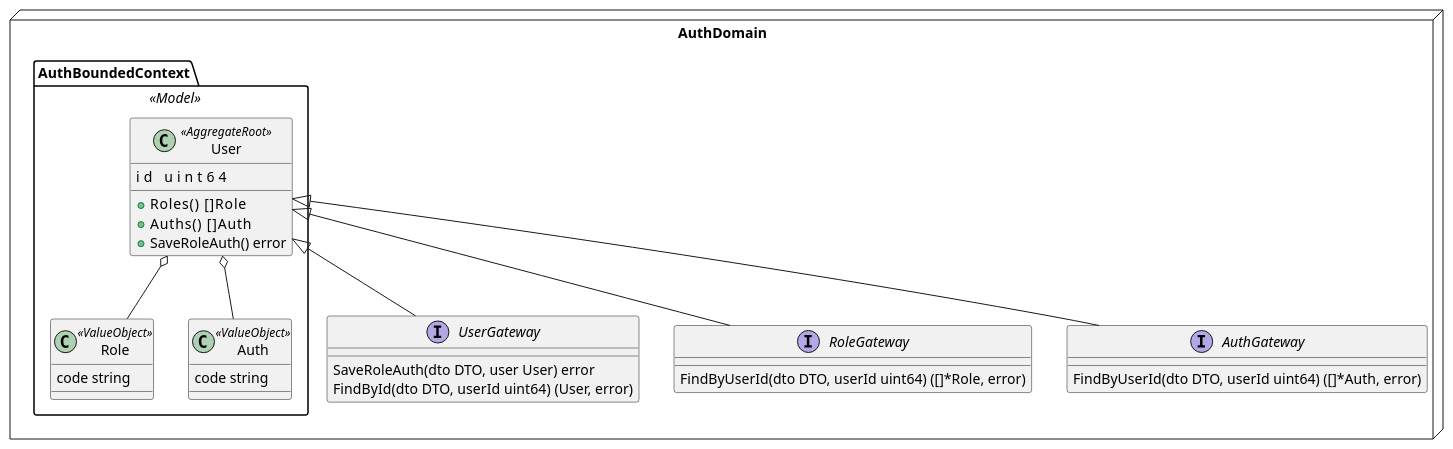
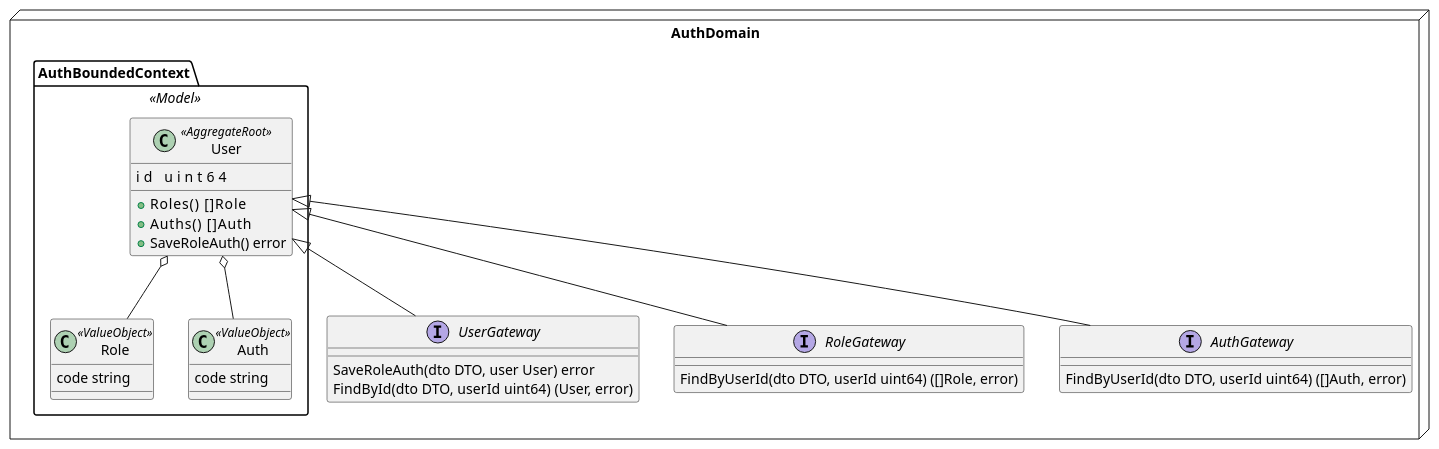
The diagram in doc/auth-domain.puml (zhanjunjie2019/colago), drawn with PlantUML before and after one commit. The commit also changed 3 other files, not shown here.

```diff
--- a/doc/auth-domain.puml
+++ b/doc/auth-domain.puml
@@ -1,33 +1,33 @@
 @startuml
 namespace AuthDomain<<Node>>{
     namespace AuthBoundedContext<<Model>>{
         class User<<AggregateRoot>>{
             id          uint64
             +Roles()    []Role
             +Auths()    []Auth
             +SaveRoleAuth() error
         }
         class Role<<ValueObject>>{
             code string
         }
         class Auth<<ValueObject>>{
             code string
         }
         User o-- Role
         User o-- Auth
         User <|-- AuthDomain.UserGateway
         User <|-- AuthDomain.RoleGateway
         User <|-- AuthDomain.AuthGateway
     }
     interface UserGateway{
     	SaveRoleAuth(dto DTO, user User) error
     	FindById(dto DTO, userId uint64) (User, error)
     }
     interface RoleGateway{
-        FindByUserId(dto DTO, userId uint64) ([]*Role, error)
+        FindByUserId(dto DTO, userId uint64) ([]Role, error)
     }
     interface AuthGateway{
-        FindByUserId(dto DTO, userId uint64) ([]*Auth, error)
+        FindByUserId(dto DTO, userId uint64) ([]Auth, error)
     }
 }
 @enduml
```
